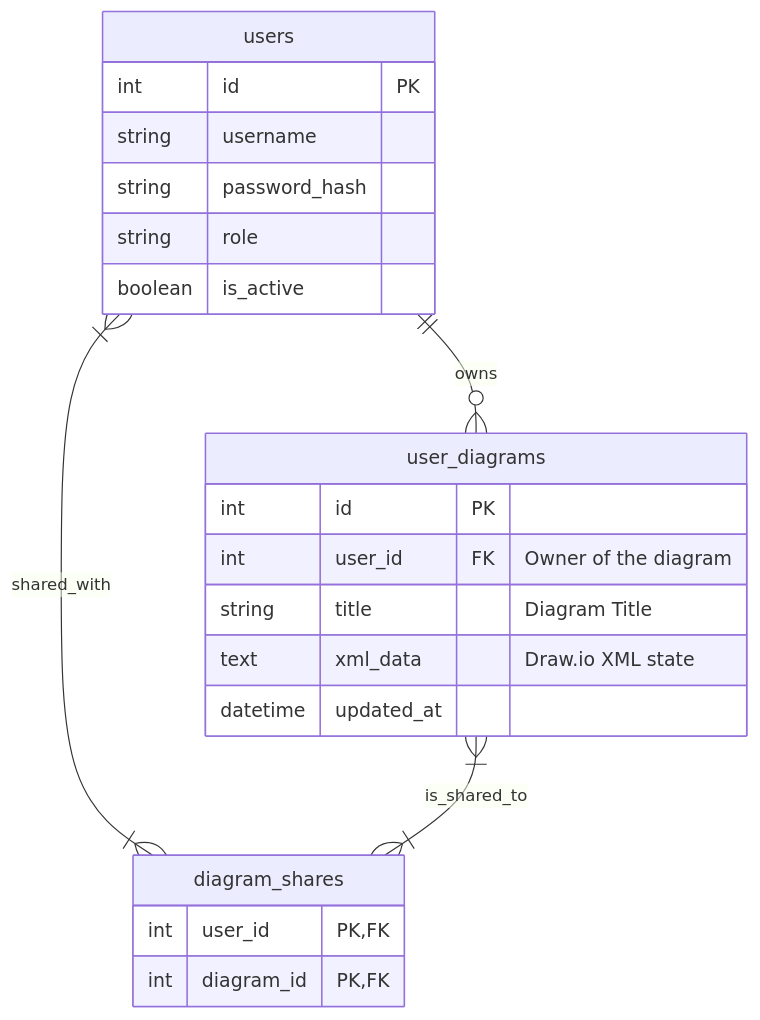
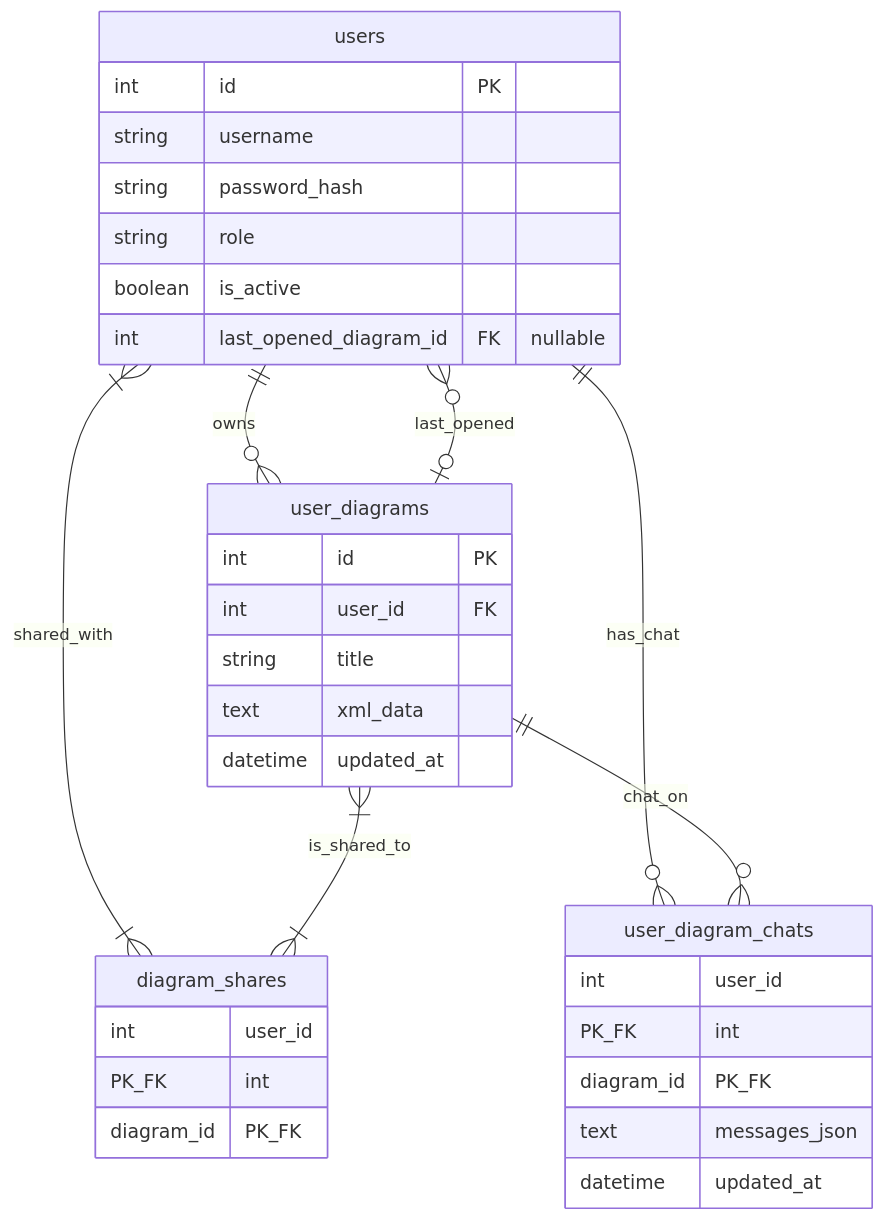
The diagram in aidlc-docs/construction/database-schema.md (opendiamonds/awesome-firebase-use-cases), drawn with Mermaid before and after one commit. The commit also changed other lines of this file and 23 other files, not shown here.

````diff
--- a/aidlc-docs/construction/database-schema.md
+++ b/aidlc-docs/construction/database-schema.md
@@ -7,27 +9,38 @@
 ```mermaid
 erDiagram
     users ||--o{ user_diagrams : "owns"
     users }|--|{ diagram_shares : "shared_with"
     user_diagrams }|--|{ diagram_shares : "is_shared_to"
+    users ||--o{ user_diagram_chats : "has_chat"
+    user_diagrams ||--o{ user_diagram_chats : "chat_on"
+    users }o--o| user_diagrams : "last_opened"
 
     users {
         int id PK
         string username
         string password_hash
         string role
         boolean is_active
+        int last_opened_diagram_id FK "nullable"
     }
 
     user_diagrams {
         int id PK
-        int user_id FK "Owner of the diagram"
-        string title "Diagram Title"
-        text xml_data "Draw.io XML state"
+        int user_id FK
+        string title
+        text xml_data
         datetime updated_at
     }
 
     diagram_shares {
-        int user_id PK, FK
-        int diagram_id PK, FK
+        int user_id PK_FK
+        int diagram_id PK_FK
+    }
+
+    user_diagram_chats {
+        int user_id PK_FK
+        int diagram_id PK_FK
+        text messages_json
+        datetime updated_at
     }
 ```
````
